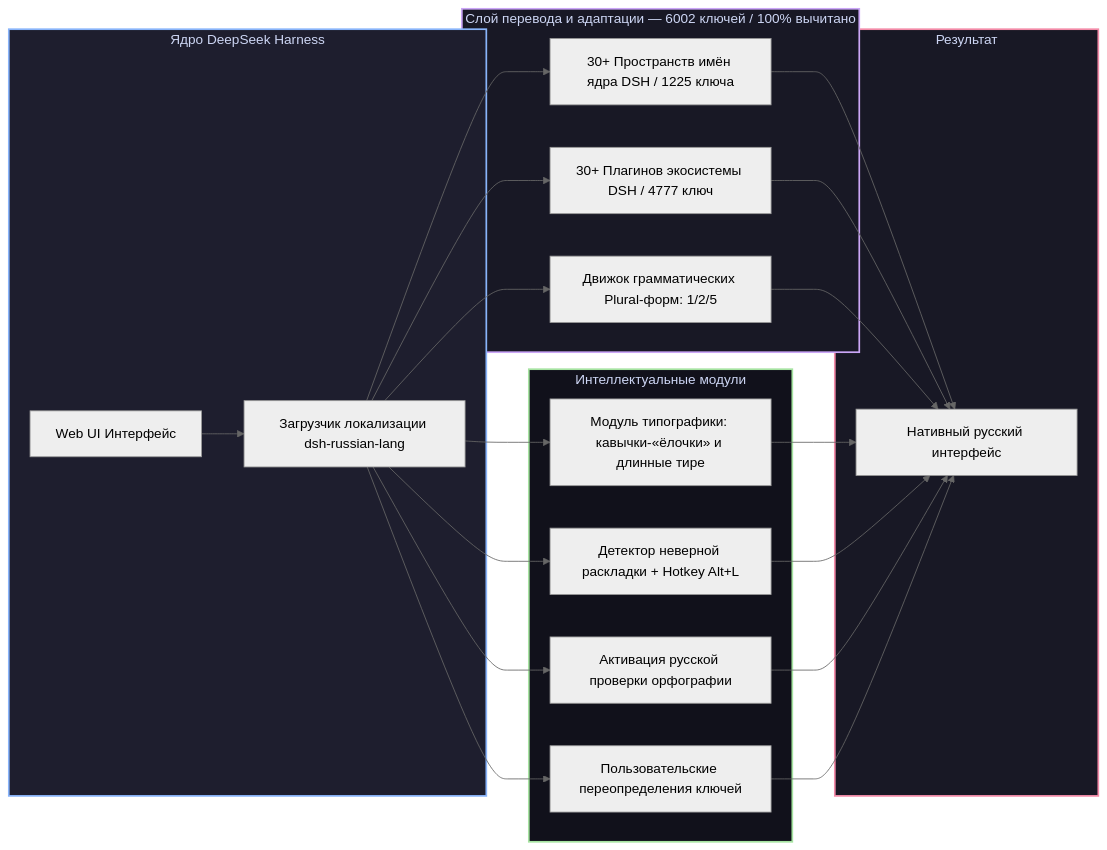
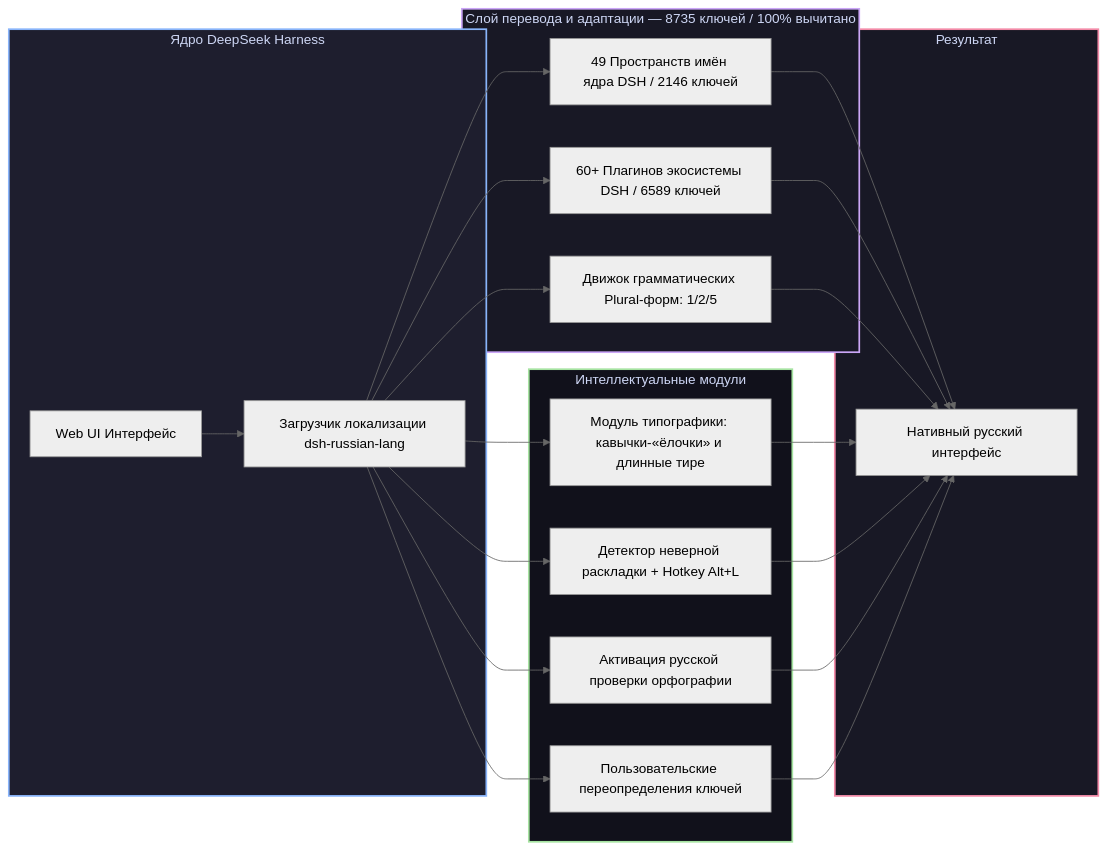
Before and after one commit to GooDAnDReaDY/dsh-russian-lang: the diagram in README.ru.md, drawn with Mermaid (neutral theme). The commit also changed other lines of this file and 2 other files, not shown here.

Commit message:
docs: обновить промо-баннер и бейджи до v0.2.25 (8,735 ключей, DSH v0.1.6-alpha.2)

````diff
--- a/README.ru.md
+++ b/README.ru.md
@@ -52,34 +52,34 @@
 ```mermaid
 graph LR
     subgraph DSHCore [Ядро DeepSeek Harness]
         DSH[Web UI Интерфейс] --> Loader[Загрузчик локализации dsh-russian-lang]
     end
 
-    subgraph TranslationLayer [Слой перевода и адаптации — 6002 ключей / 100% вычитано]
-        Loader --> CoreDict[30+ Пространств имён ядра DSH / 1225 ключа]
-        Loader --> PluginDict[30+ Плагинов экосистемы DSH / 4777 ключ]
+    subgraph TranslationLayer [Слой перевода и адаптации — 8735 ключей / 100% вычитано]
+        Loader --> CoreDict[49 Пространств имён ядра DSH / 2146 ключей]
+        Loader --> PluginDict[60+ Плагинов экосистемы DSH / 6589 ключей]
         Loader --> PluralEngine[Движок грамматических Plural-форм: 1/2/5]
     end
 
     subgraph SmartFeatures [Интеллектуальные модули]
         Loader --> Typo[Модуль типографики: кавычки-«ёлочки» и длинные тире]
         Loader --> LayoutFix[Детектор неверной раскладки + Hotkey Alt+L]
         Loader --> Spell[Активация русской проверки орфографии]
         Loader --> Overrides[Пользовательские переопределения ключей]
     end
 
     subgraph Result [Результат]
         CoreDict --> NativeUI[Нативный русский интерфейс]
         PluginDict --> NativeUI
         PluralEngine --> NativeUI
         Typo --> NativeUI
         LayoutFix --> NativeUI
         Spell --> NativeUI
         Overrides --> NativeUI
     end
 
     style DSHCore fill:#1e1e2e,stroke:#89b4fa,stroke-width:2px,color:#cdd6f4
     style TranslationLayer fill:#181825,stroke:#cba6f7,stroke-width:2px,color:#cdd6f4
     style SmartFeatures fill:#11111b,stroke:#a6e3a1,stroke-width:2px,color:#cdd6f4
     style Result fill:#181825,stroke:#f38ba8,stroke-width:2px,color:#cdd6f4
 ```
````
